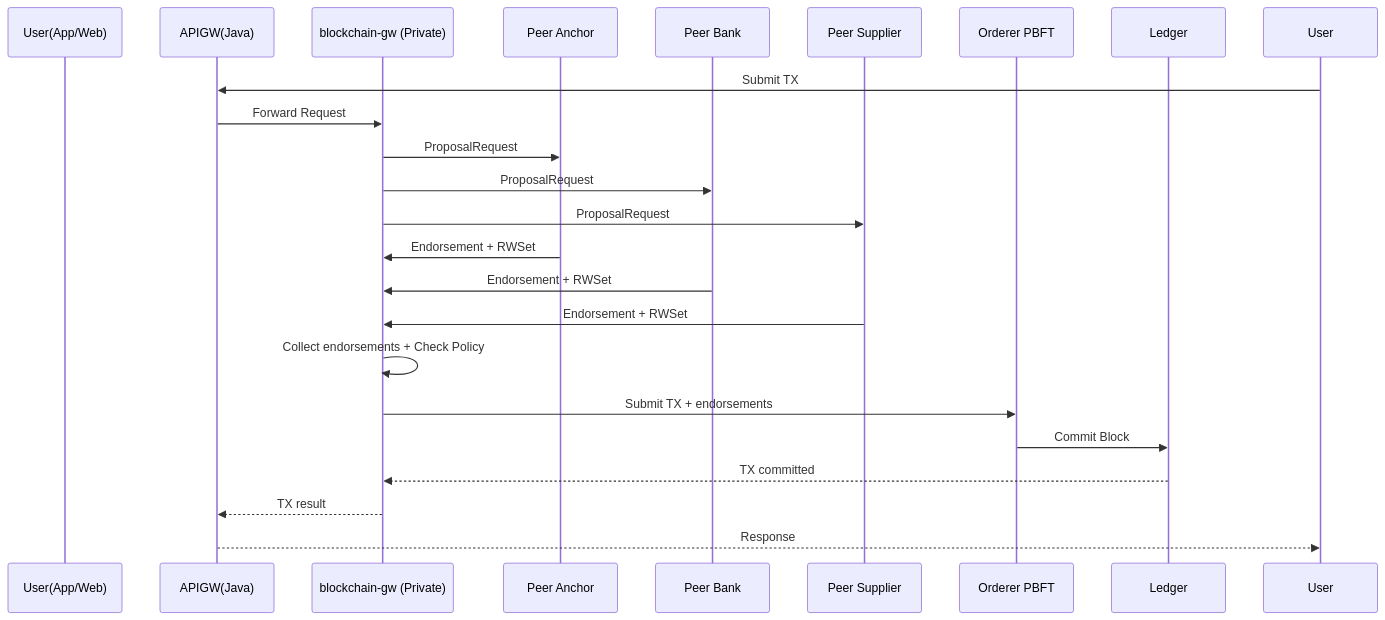
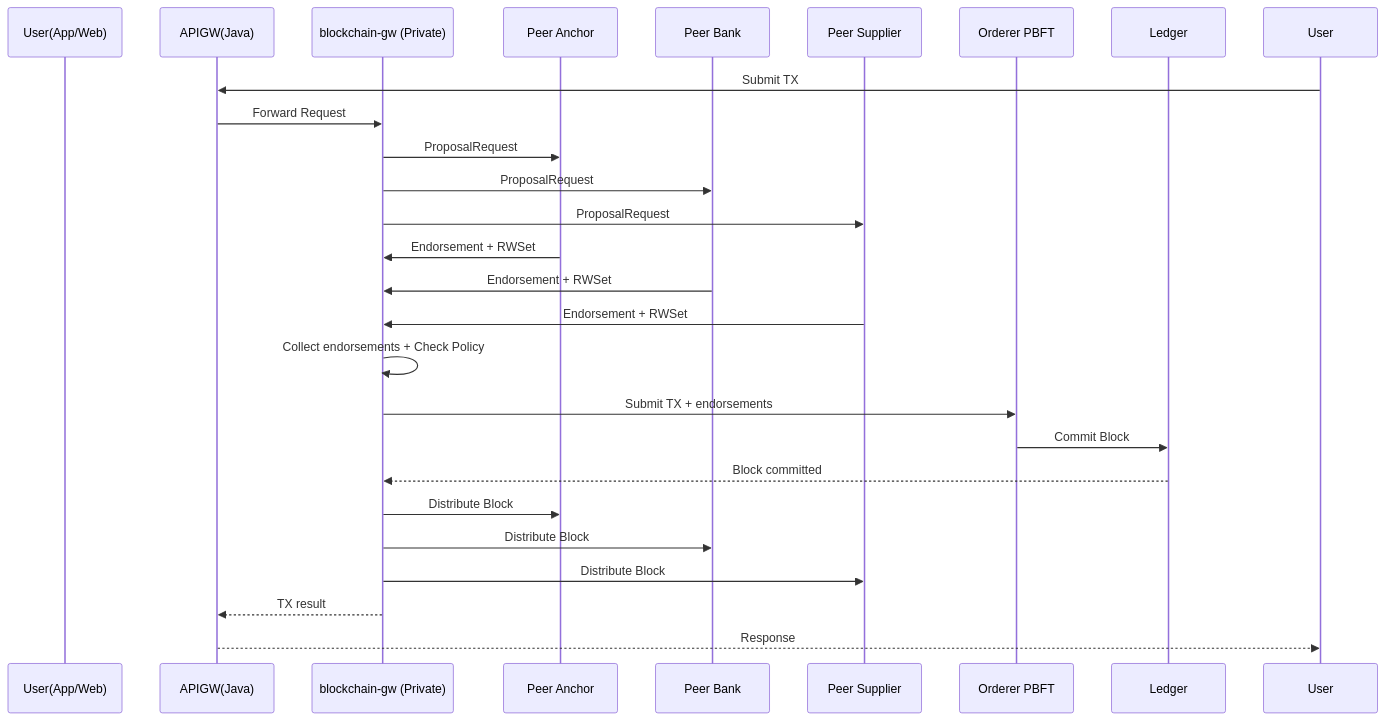
Before and after one commit to trunghc97/blockchain: the third of 25 diagrams in System_Design_Document.md, drawn with Mermaid. The commit also changed other lines of this file and 1 other file, not shown here.

````diff
--- a/System_Design_Document.md
+++ b/System_Design_Document.md
@@ -384,29 +382,32 @@
 ```mermaid
 sequenceDiagram
     participant User(App/Web)
     participant APIGW(Java)
     participant GW as blockchain-gw (Private)
     participant PeerA as Peer Anchor
     participant PeerB as Peer Bank
     participant PeerS as Peer Supplier
     participant ORD as Orderer PBFT
     participant LED as Ledger
 
     User->>APIGW(Java): Submit TX
     APIGW(Java)->>GW: Forward Request
 
     GW->>PeerA: ProposalRequest
     GW->>PeerB: ProposalRequest
     GW->>PeerS: ProposalRequest
 
     PeerA->>GW: Endorsement + RWSet
     PeerB->>GW: Endorsement + RWSet
     PeerS->>GW: Endorsement + RWSet
 
     GW->>GW: Collect endorsements + Check Policy
     GW->>ORD: Submit TX + endorsements
     ORD->>LED: Commit Block
-    LED-->>GW: TX committed
+    LED-->>GW: Block committed
+    GW->>PeerA: Distribute Block
+    GW->>PeerB: Distribute Block
+    GW->>PeerS: Distribute Block
     GW-->>APIGW(Java): TX result
     APIGW(Java)-->>User: Response
 ```
````
